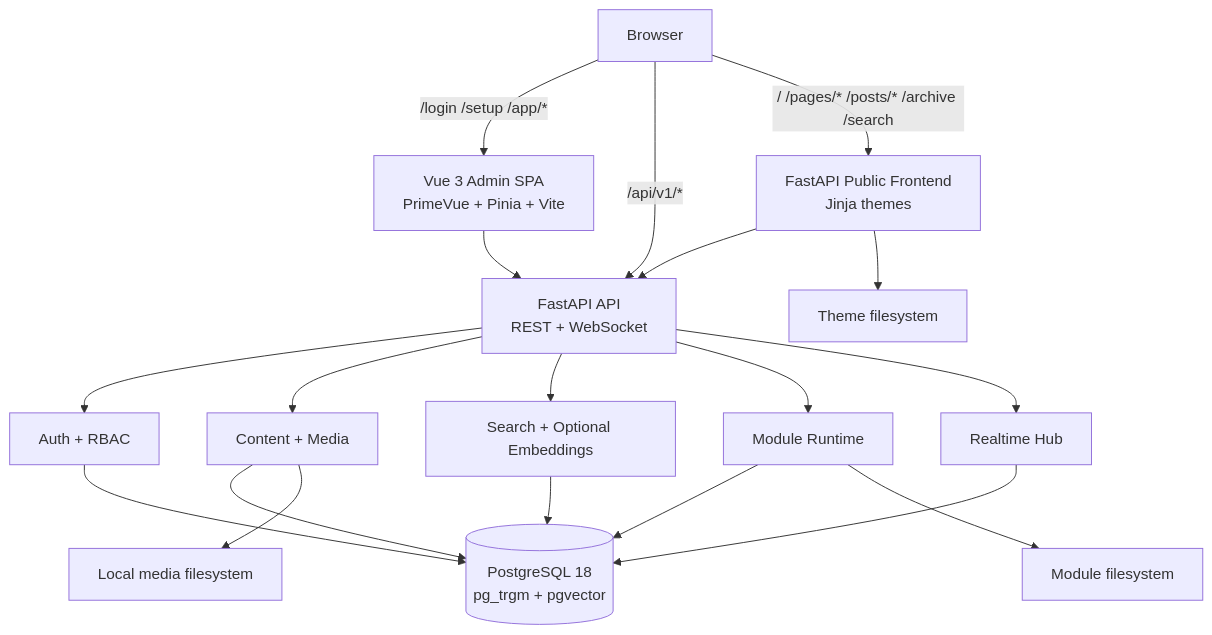
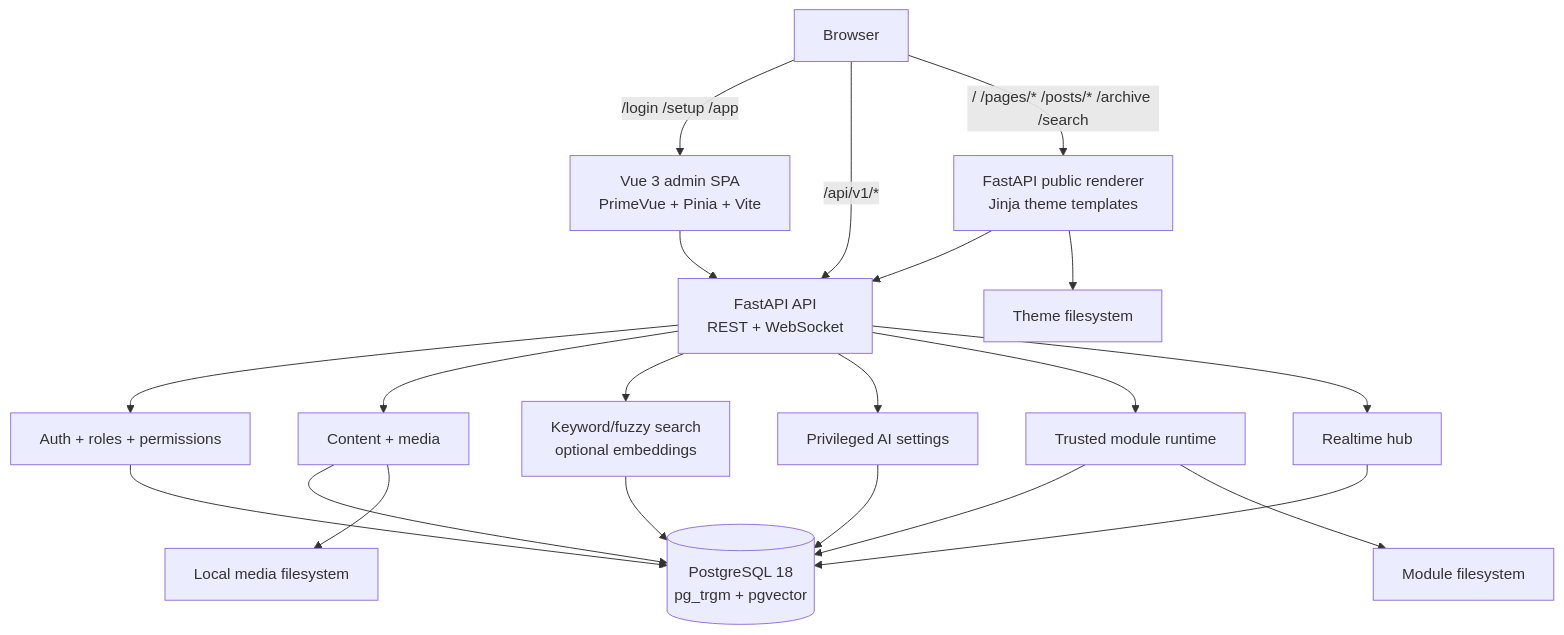
The first of 4 diagrams in README.md (fluxgear/pragma), drawn with Mermaid before and after one commit. The commit also changed other lines of this file and 67 other files, not shown here.

````diff
--- a/README.md
+++ b/README.md
@@ -55,27 +76,28 @@
 ```mermaid
 flowchart TD
     Browser["Browser"]
-
-    Browser -->|"/login /setup /app/*"| Admin["Vue 3 Admin SPA<br/>PrimeVue + Pinia + Vite"]
+    Browser -->|"/login /setup /app"| Admin["Vue 3 admin SPA<br/>PrimeVue + Pinia + Vite"]
     Browser -->|"/api/v1/*"| API["FastAPI API<br/>REST + WebSocket"]
-    Browser -->|"/ /pages/* /posts/* /archive /search"| Public["FastAPI Public Frontend<br/>Jinja themes"]
+    Browser -->|"/ /pages/* /posts/* /archive /search"| Public["FastAPI public renderer<br/>Jinja theme templates"]
 
     Admin --> API
     Public --> API
 
-    API --> Auth["Auth + RBAC"]
-    API --> Content["Content + Media"]
-    API --> Search["Search + Optional Embeddings"]
-    API --> Modules["Module Runtime"]
-    API --> Realtime["Realtime Hub"]
+    API --> Auth["Auth + roles + permissions"]
+    API --> Content["Content + media"]
+    API --> Search["Keyword/fuzzy search<br/>optional embeddings"]
+    API --> AI["Privileged AI settings"]
+    API --> Modules["Trusted module runtime"]
+    API --> Realtime["Realtime hub"]
 
     Auth --> DB[("PostgreSQL 18<br/>pg_trgm + pgvector")]
     Content --> DB
     Search --> DB
+    AI --> DB
     Modules --> DB
     Realtime --> DB
 
     Content --> MediaFS["Local media filesystem"]
     Public --> ThemeFS["Theme filesystem"]
     Modules --> ModuleFS["Module filesystem"]
 ```
````
